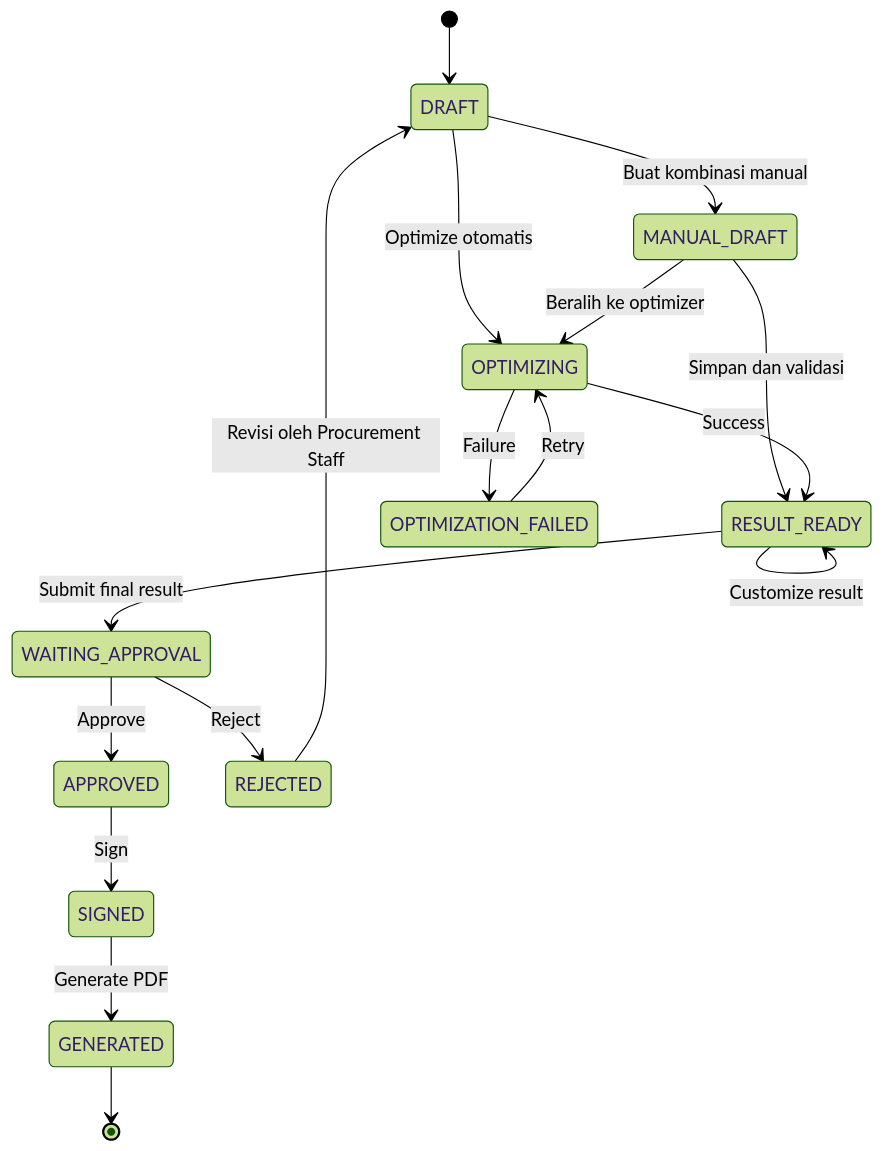
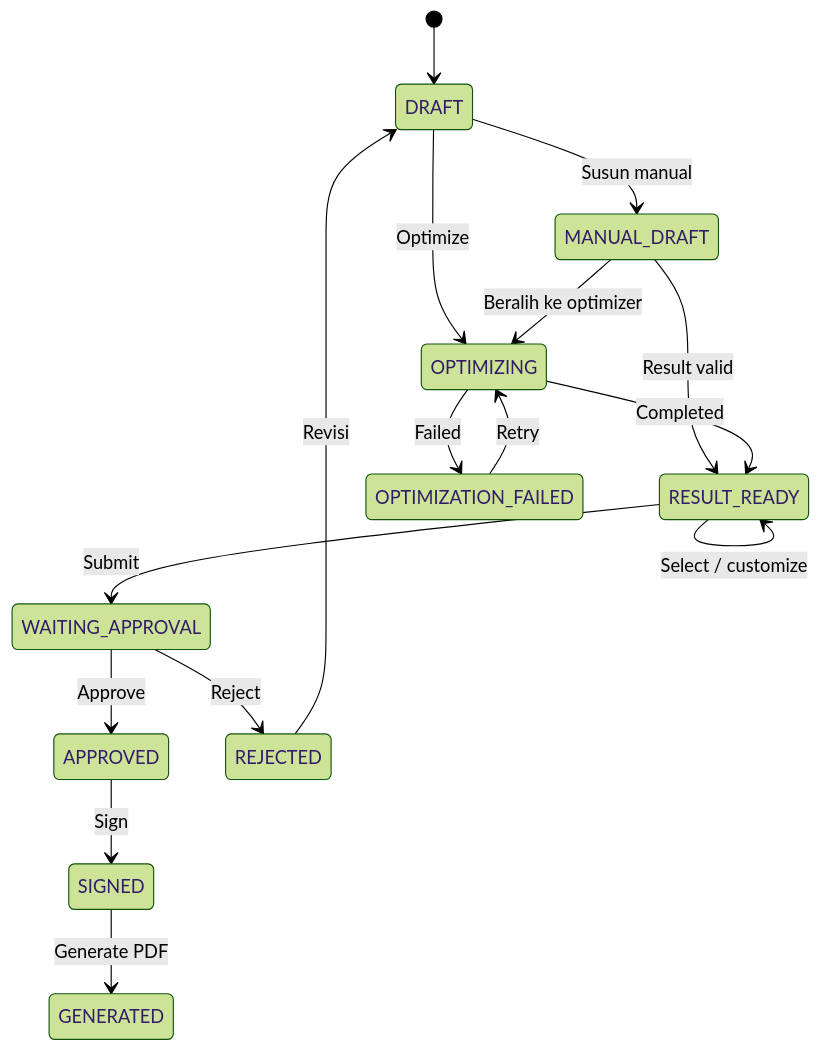
The diagram in docs/03-user-flows.md (siantika/procurement-demo), drawn with Mermaid (forest theme) before and after one commit. The commit also changed other lines of this file and 3 other files, not shown here.

Commit message:
docs: refine product and architecture documentation

````diff
--- a/docs/03-user-flows.md
+++ b/docs/03-user-flows.md
@@ -39,19 +25,18 @@
 ```mermaid
 stateDiagram-v2
     [*] --> DRAFT
-    DRAFT --> MANUAL_DRAFT: Buat kombinasi manual
-    DRAFT --> OPTIMIZING: Optimize otomatis
+    DRAFT --> MANUAL_DRAFT: Susun manual
+    DRAFT --> OPTIMIZING: Optimize
+    MANUAL_DRAFT --> RESULT_READY: Result valid
     MANUAL_DRAFT --> OPTIMIZING: Beralih ke optimizer
-    MANUAL_DRAFT --> RESULT_READY: Simpan dan validasi
-    OPTIMIZING --> RESULT_READY: Success
-    OPTIMIZING --> OPTIMIZATION_FAILED: Failure
+    OPTIMIZING --> RESULT_READY: Completed
+    OPTIMIZING --> OPTIMIZATION_FAILED: Failed
     OPTIMIZATION_FAILED --> OPTIMIZING: Retry
-    RESULT_READY --> RESULT_READY: Customize result
-    RESULT_READY --> WAITING_APPROVAL: Submit final result
+    RESULT_READY --> RESULT_READY: Select / customize
+    RESULT_READY --> WAITING_APPROVAL: Submit
     WAITING_APPROVAL --> APPROVED: Approve
     WAITING_APPROVAL --> REJECTED: Reject
-    REJECTED --> DRAFT: Revisi oleh Procurement Staff
+    REJECTED --> DRAFT: Revisi
     APPROVED --> SIGNED: Sign
     SIGNED --> GENERATED: Generate PDF
-    GENERATED --> [*]
 ```
````
